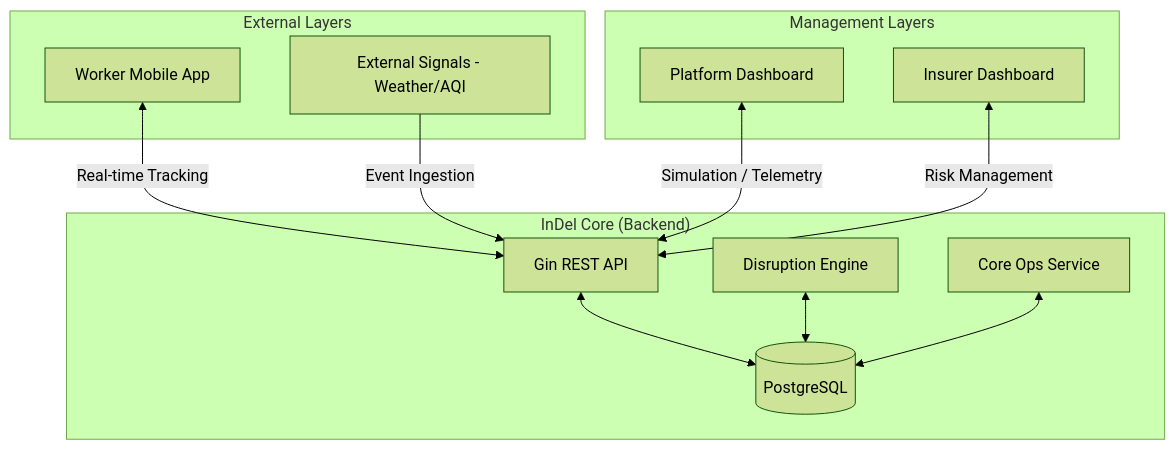
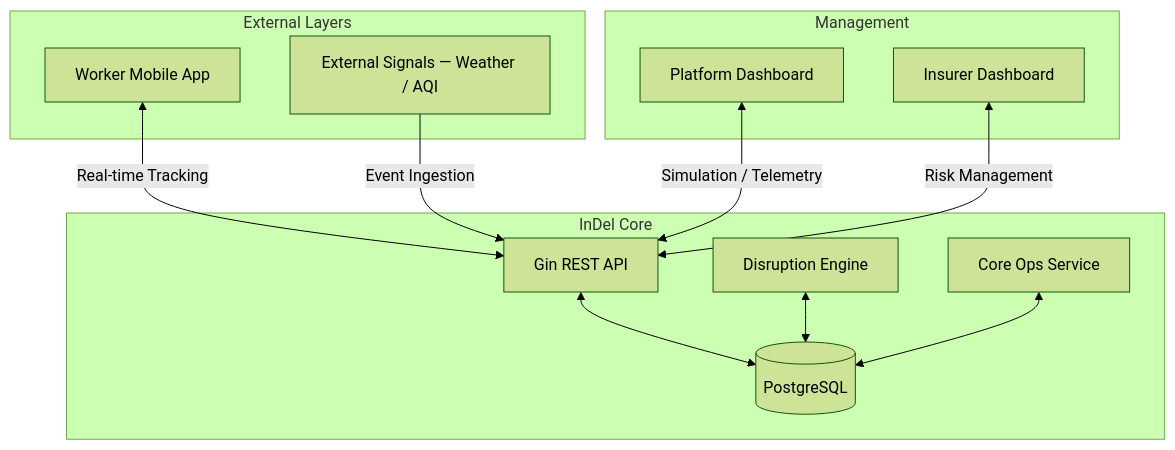
One commit to gayathriuthamaraj/InDel changed the first of 2 diagrams in README.md. Above: the diagram before and after it, drawn with Mermaid (forest theme). The commit also changed other lines of this file, not shown here.

First line of the commit message:
Revise InDel project description and features

````diff
--- a/README.md
+++ b/README.md
@@ -74,27 +61,27 @@
 ```mermaid
 graph TD
     subgraph "External Layers"
         WA[Worker Mobile App]
-        ES[External Signals - Weather/AQI]
+        ES[External Signals — Weather / AQI]
     end
 
-    subgraph "InDel Core (Backend)"
+    subgraph "InDel Core"
         API[Gin REST API]
         DE[Disruption Engine]
         CO[Core Ops Service]
         DB[(PostgreSQL)]
     end
 
-    subgraph "Management Layers"
+    subgraph "Management"
         PD[Platform Dashboard]
         ID[Insurer Dashboard]
     end
 
     WA <-->|Real-time Tracking| API
     ES -->|Event Ingestion| API
     API <--> DB
     DE <--> DB
     CO <--> DB
     PD <-->|Simulation / Telemetry| API
     ID <-->|Risk Management| API
 ```
````
